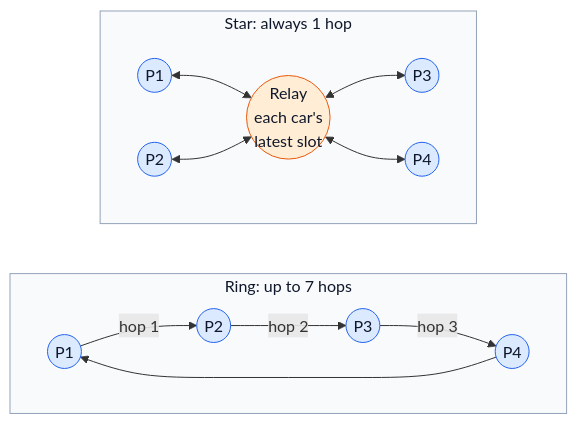
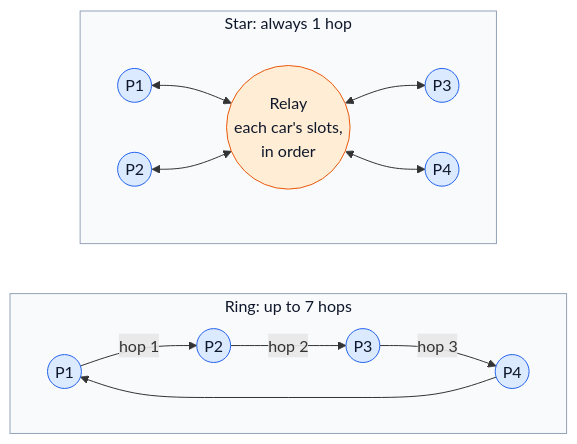
One commit to railton/daytona-reborn changed the fifth of 11 diagrams in docs/ONLINE-PROTOCOL.md. Above: the diagram before and after it, drawn with Mermaid. The commit also changed other lines of this file and 17 other files, not shown here.

First line of the commit message:
Docs: the protocol's diagrams; old documents removed

````diff
--- a/docs/ONLINE-PROTOCOL.md
+++ b/docs/ONLINE-PROTOCOL.md
@@ -301,23 +302,23 @@
 ```mermaid
 flowchart LR
     subgraph Ring["Ring: up to 7 hops"]
         direction LR
         A1(("P1")):::game -->|"hop 1"| A2(("P2")):::game -->|"hop 2"| A3(("P3")):::game -->|"hop 3"| A4(("P4")):::game
         A4 --> A1
     end
     subgraph Star["Star: always 1 hop"]
         direction LR
-        B1(("P1")):::game <--> X(("Relay<br/>each car's<br/>latest slot")):::net
+        B1(("P1")):::game <--> X(("Relay<br/>each car's slots,<br/>in order")):::net
         B2(("P2")):::game <--> X
         X <--> B3(("P3")):::game
         X <--> B4(("P4")):::game
     end
     style Ring fill:#f8fafc,stroke:#94a3b8,color:#0f172a
     style Star fill:#f8fafc,stroke:#94a3b8,color:#0f172a
     classDef game fill:#dbeafe,stroke:#2563eb,color:#0f172a
     classDef board fill:#ede9fe,stroke:#7c3aed,color:#0f172a
     classDef net fill:#ffedd5,stroke:#ea580c,color:#0f172a
     classDef ok fill:#dcfce7,stroke:#16a34a,color:#0f172a
     classDef bad fill:#fee2e2,stroke:#dc2626,color:#0f172a
     classDef step fill:#f1f5f9,stroke:#475569,color:#0f172a
 ```
````
